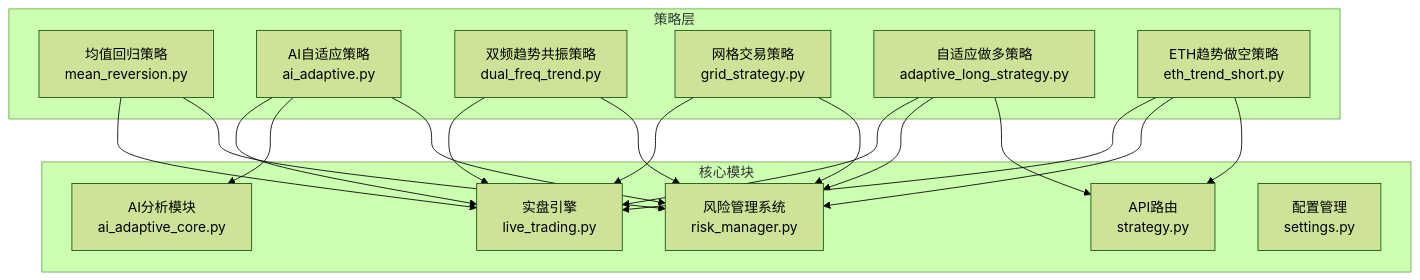
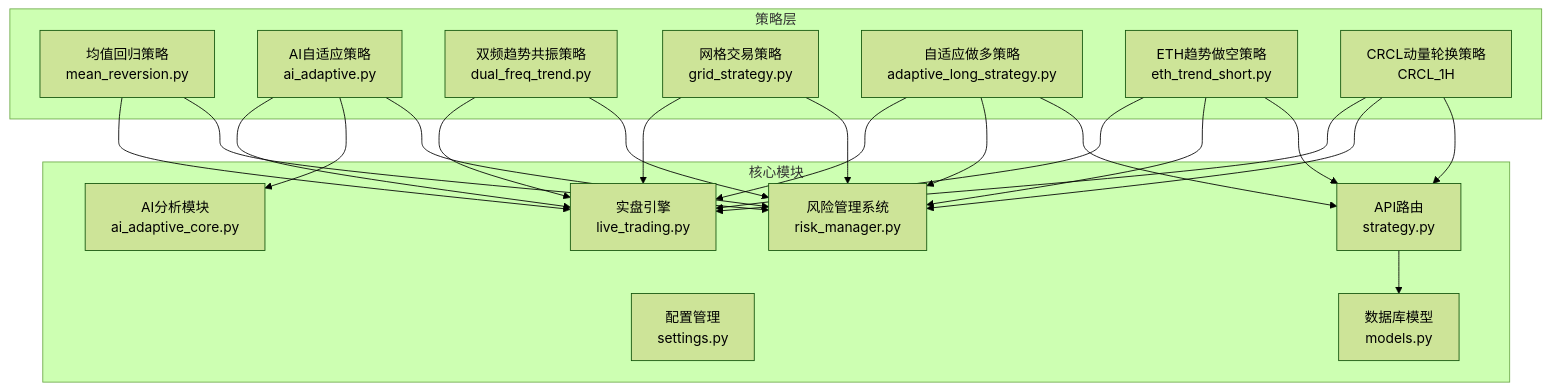
The first of 11 diagrams in .qoder/repowiki/zh/content/核心模块详解/策略框架/具体策略实现/具体策略实现.md (zyf266/ending), drawn with Mermaid (forest theme) before and after one commit. The commit also changed other lines of this file and 60 other files, not shown here.

````diff
--- a/.qoder/repowiki/zh/content/核心模块详解/策略框架/具体策略实现/具体策略实现.md
+++ b/.qoder/repowiki/zh/content/核心模块详解/策略框架/具体策略实现/具体策略实现.md
@@ -51,33 +55,39 @@
 ```mermaid
 graph TB
 subgraph "策略层"
 MR["均值回归策略<br/>mean_reversion.py"]
 AI["AI自适应策略<br/>ai_adaptive.py"]
 DF["双频趋势共振策略<br/>dual_freq_trend.py"]
 GS["网格交易策略<br/>grid_strategy.py"]
 ALS["自适应做多策略<br/>adaptive_long_strategy.py"]
 ETSS["ETH趋势做空策略<br/>eth_trend_short.py"]
+CRCL["CRCL动量轮换策略<br/>CRCL_1H"]
 end
 subgraph "核心模块"
 RM["风险管理系统<br/>risk_manager.py"]
 AICORE["AI分析模块<br/>ai_adaptive_core.py"]
 LT["实盘引擎<br/>live_trading.py"]
 API["API路由<br/>strategy.py"]
 CFG["配置管理<br/>settings.py"]
+DB["数据库模型<br/>models.py"]
 end
 ALS --> API
 ETSS --> API
+CRCL --> API
 MR --> RM
 AI --> RM
 DF --> RM
 GS --> RM
 ALS --> RM
 ETSS --> RM
+CRCL --> RM
 AI --> AICORE
 MR --> LT
 AI --> LT
 DF --> LT
 GS --> LT
 ALS --> LT
 ETSS --> LT
+CRCL --> LT
+API --> DB
 ```
````
